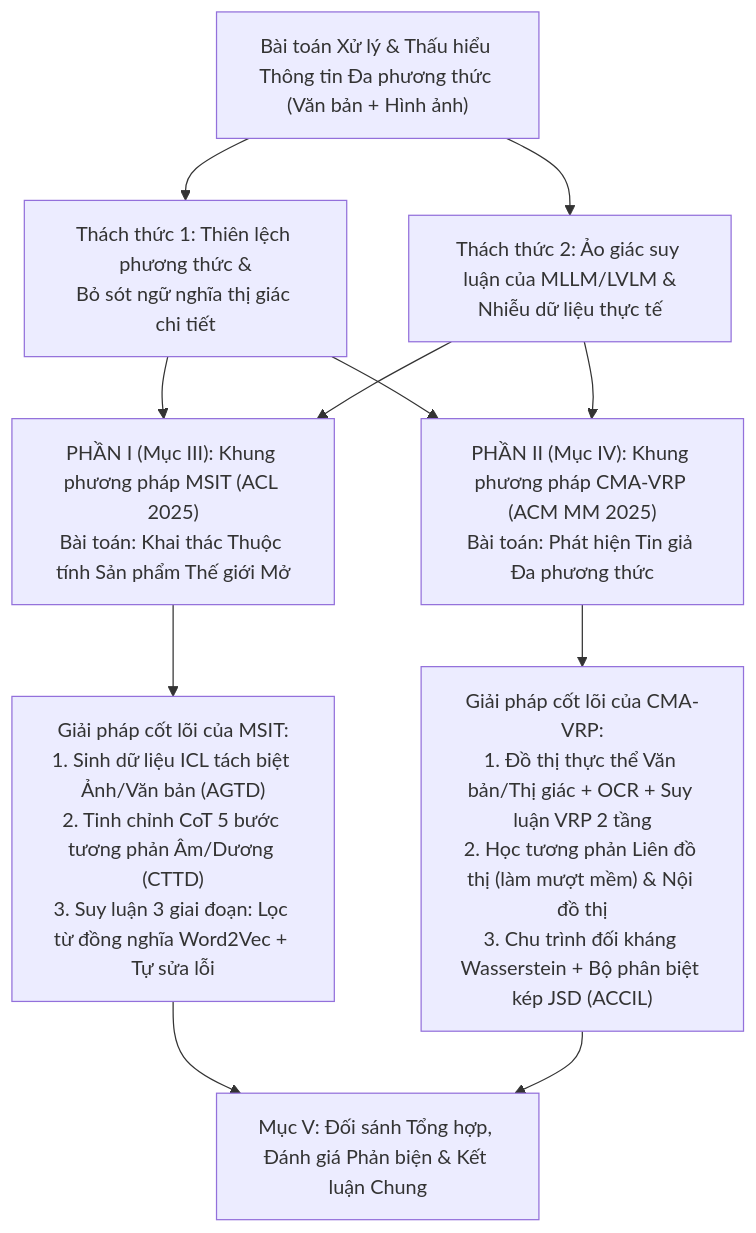
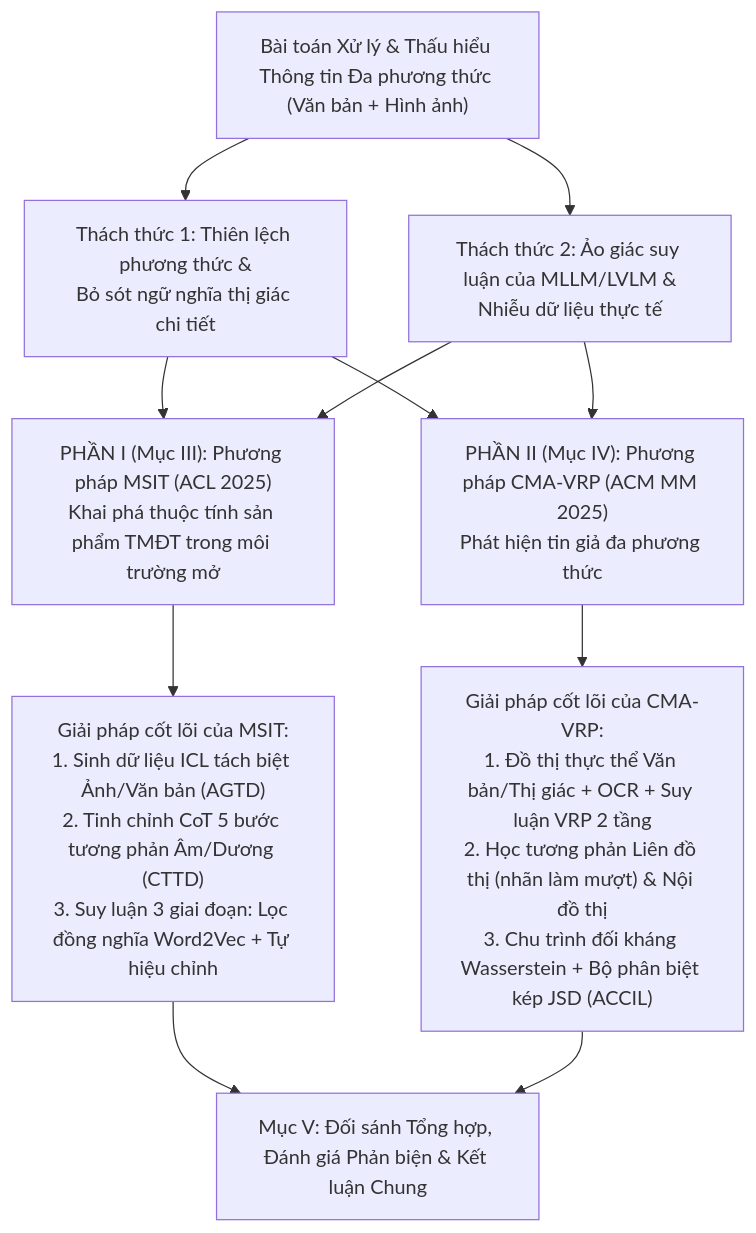
Before and after one commit to linhnnh688/msit-open-world: the first of 3 diagrams in docs/BAO_CAO_KHOA_HOC.md, drawn with Mermaid. The commit also changed other lines of this file and 2 other files, not shown here.

Commit message:
Refactor review_msit_acl2025.md: Improve formatting and clarity in sections on data expansion, modality attention bias, and 5-step reasoning process. Update table formatting for better readability and consistency.

````diff
--- a/docs/BAO_CAO_KHOA_HOC.md
+++ b/docs/BAO_CAO_KHOA_HOC.md
@@ -50,14 +50,14 @@
 ```mermaid
 flowchart TD
     Root["Bài toán Xử lý & Thấu hiểu Thông tin Đa phương thức (Văn bản + Hình ảnh)"]
     Root --> C1["Thách thức 1: Thiên lệch phương thức &<br/>Bỏ sót ngữ nghĩa thị giác chi tiết"]
     Root --> C2["Thách thức 2: Ảo giác suy luận của MLLM/LVLM &<br/>Nhiễu dữ liệu thực tế"]
     
-    C1 & C2 --> P1["PHẦN I (Mục III): Khung phương pháp MSIT (ACL 2025)<br/>Bài toán: Khai thác Thuộc tính Sản phẩm Thế giới Mở"]
-    C1 & C2 --> P2["PHẦN II (Mục IV): Khung phương pháp CMA-VRP (ACM MM 2025)<br/>Bài toán: Phát hiện Tin giả Đa phương thức"]
+    C1 & C2 --> P1["PHẦN I (Mục III): Phương pháp MSIT (ACL 2025)<br/>Khai phá thuộc tính sản phẩm TMĐT trong môi trường mở"]
+    C1 & C2 --> P2["PHẦN II (Mục IV): Phương pháp CMA-VRP (ACM MM 2025)<br/>Phát hiện tin giả đa phương thức"]
     
-    P1 --> S1["Giải pháp cốt lõi của MSIT:<br/>1. Sinh dữ liệu ICL tách biệt Ảnh/Văn bản (AGTD)<br/>2. Tinh chỉnh CoT 5 bước tương phản Âm/Dương (CTTD)<br/>3. Suy luận 3 giai đoạn: Lọc từ đồng nghĩa Word2Vec + Tự sửa lỗi"]
-    P2 --> S2["Giải pháp cốt lõi của CMA-VRP:<br/>1. Đồ thị thực thể Văn bản/Thị giác + OCR + Suy luận VRP 2 tầng<br/>2. Học tương phản Liên đồ thị (làm mượt mềm) & Nội đồ thị<br/>3. Chu trình đối kháng Wasserstein + Bộ phân biệt kép JSD (ACCIL)"]
+    P1 --> S1["Giải pháp cốt lõi của MSIT:<br/>1. Sinh dữ liệu ICL tách biệt Ảnh/Văn bản (AGTD)<br/>2. Tinh chỉnh CoT 5 bước tương phản Âm/Dương (CTTD)<br/>3. Suy luận 3 giai đoạn: Lọc đồng nghĩa Word2Vec + Tự hiệu chỉnh"]
+    P2 --> S2["Giải pháp cốt lõi của CMA-VRP:<br/>1. Đồ thị thực thể Văn bản/Thị giác + OCR + Suy luận VRP 2 tầng<br/>2. Học tương phản Liên đồ thị (nhãn làm mượt) & Nội đồ thị<br/>3. Chu trình đối kháng Wasserstein + Bộ phân biệt kép JSD (ACCIL)"]
     
     S1 & S2 --> Syn["Mục V: Đối sánh Tổng hợp, Đánh giá Phản biện & Kết luận Chung"]
 ```
````
